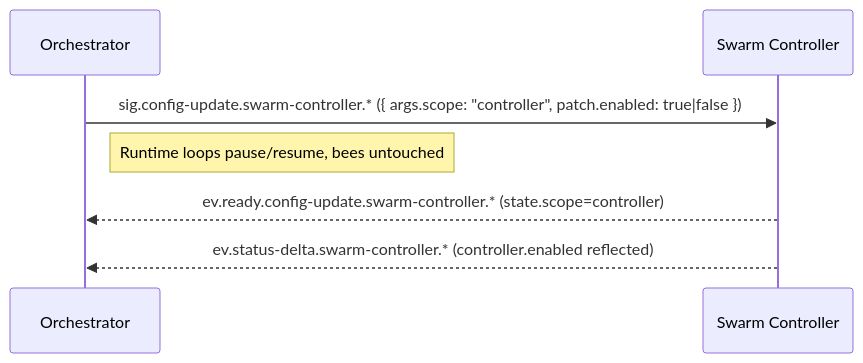
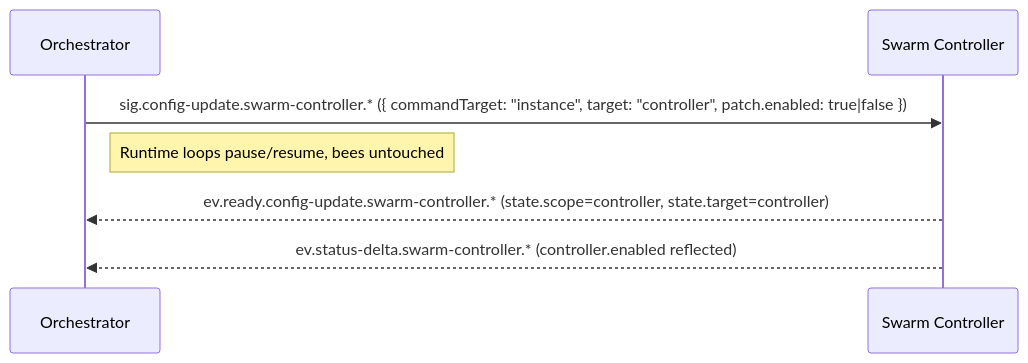
One commit to sepa79/PocketHive changed the fifth of 8 diagrams in docs/ARCHITECTURE.md. Above: the diagram before and after it, drawn with Mermaid. The commit also changed other lines of this file and 32 other files, not shown here.

````diff
--- a/docs/ARCHITECTURE.md
+++ b/docs/ARCHITECTURE.md
@@ -201,10 +204,10 @@
 ```mermaid
 sequenceDiagram
   participant QN as Orchestrator
   participant MSH as Swarm Controller
 
-  QN->>MSH: sig.config-update.swarm-controller.* ({ args.scope: "controller", patch.enabled: true|false })
+  QN->>MSH: sig.config-update.swarm-controller.* ({ commandTarget: "instance", target: "controller", patch.enabled: true|false })
   note right of QN: Runtime loops pause/resume, bees untouched
-  MSH-->>QN: ev.ready.config-update.swarm-controller.* (state.scope=controller)
+  MSH-->>QN: ev.ready.config-update.swarm-controller.* (state.scope=controller, state.target=controller)
   MSH-->>QN: ev.status-delta.swarm-controller.* (controller.enabled reflected)
 ```
````
